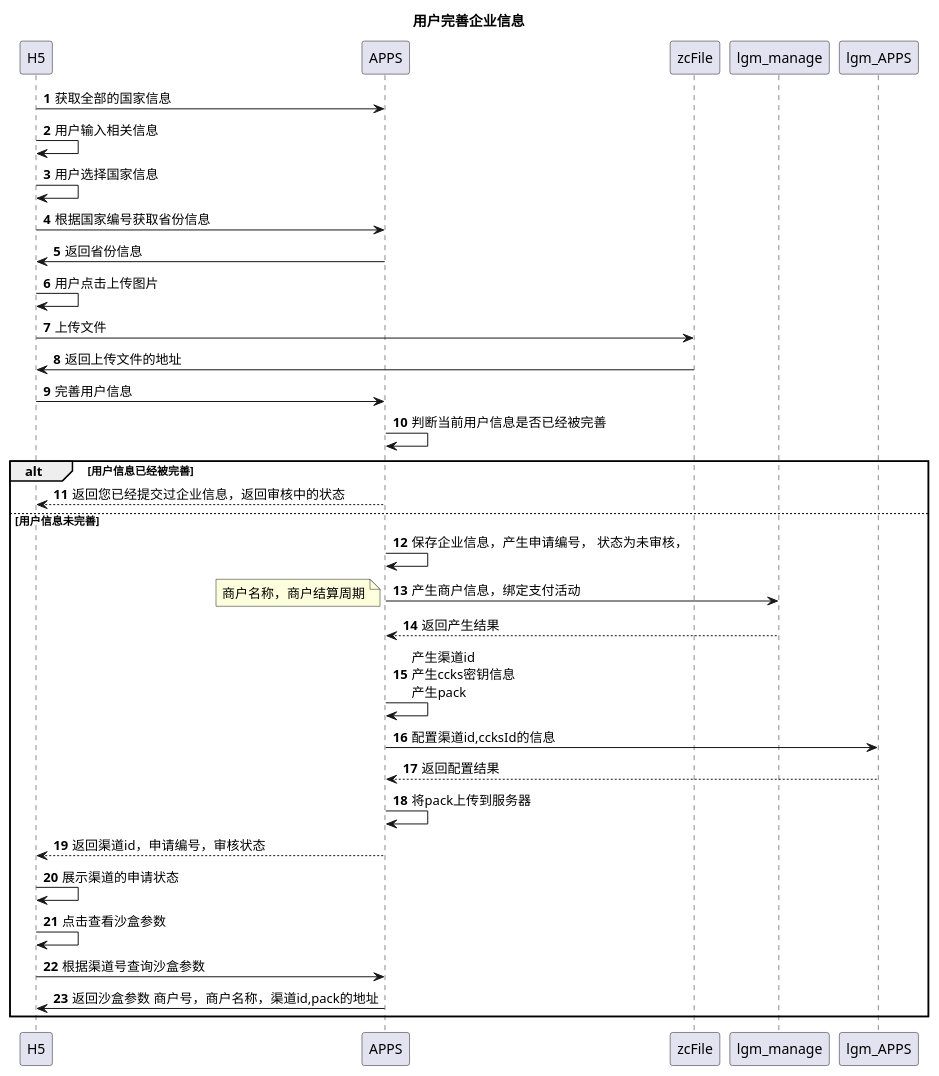
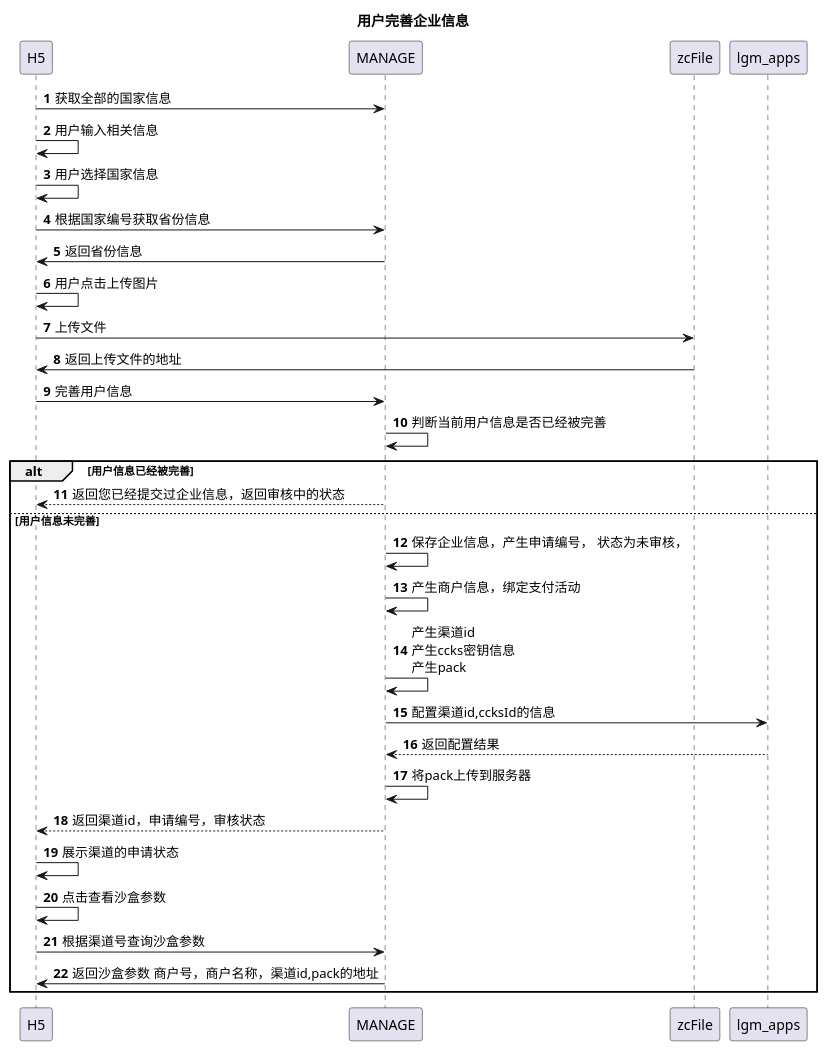
One commit to 13589080127/zc-test changed the diagram in doc/开放平台/用户完善企业信息.puml. Above: the diagram before and after it, drawn with PlantUML. The commit also changed 2 other files, not shown here.

```diff
--- a/doc/开放平台/用户完善企业信息.puml
+++ b/doc/开放平台/用户完善企业信息.puml
@@ -1,31 +1,29 @@
 @startuml
 title:用户完善企业信息
 autonumber
-H5->APPS:获取全部的国家信息
+H5->MANAGE:获取全部的国家信息
 H5->H5:用户输入相关信息
 H5->H5:用户选择国家信息
-H5->APPS:根据国家编号获取省份信息
-APPS->H5:返回省份信息
+H5->MANAGE:根据国家编号获取省份信息
+MANAGE->H5:返回省份信息
 H5->H5:用户点击上传图片
 H5->zcFile:上传文件
 zcFile->H5:返回上传文件的地址
-H5->APPS:完善用户信息
-APPS->APPS:判断当前用户信息是否已经被完善
+H5->MANAGE:完善用户信息
+MANAGE->MANAGE:判断当前用户信息是否已经被完善
 alt 用户信息已经被完善
-APPS-->H5:返回您已经提交过企业信息，返回审核中的状态
+MANAGE-->H5:返回您已经提交过企业信息，返回审核中的状态
 else 用户信息未完善
-APPS->APPS:保存企业信息，产生申请编号， 状态为未审核，
-APPS->lgm_manage:产生商户信息，绑定支付活动
-note left: 商户名称，商户结算周期
-lgm_manage-->APPS:返回产生结果
-APPS->APPS:产生渠道id\n产生ccks密钥信息\n产生pack
-APPS->lgm_APPS:配置渠道id,ccksId的信息
-lgm_APPS-->APPS:返回配置结果
-APPS->APPS:将pack上传到服务器
-APPS-->H5:返回渠道id，申请编号，审核状态
+MANAGE->MANAGE:保存企业信息，产生申请编号， 状态为未审核，
+MANAGE->MANAGE:产生商户信息，绑定支付活动
+MANAGE->MANAGE:产生渠道id\n产生ccks密钥信息\n产生pack
+MANAGE->lgm_apps:配置渠道id,ccksId的信息
+lgm_apps-->MANAGE:返回配置结果
+MANAGE->MANAGE:将pack上传到服务器
+MANAGE-->H5:返回渠道id，申请编号，审核状态
 H5->H5:展示渠道的申请状态
 H5->H5:点击查看沙盒参数
-H5->APPS:根据渠道号查询沙盒参数
-APPS->H5:返回沙盒参数 商户号，商户名称，渠道id,pack的地址
+H5->MANAGE:根据渠道号查询沙盒参数
+MANAGE->H5:返回沙盒参数 商户号，商户名称，渠道id,pack的地址
 end
 @enduml
```
